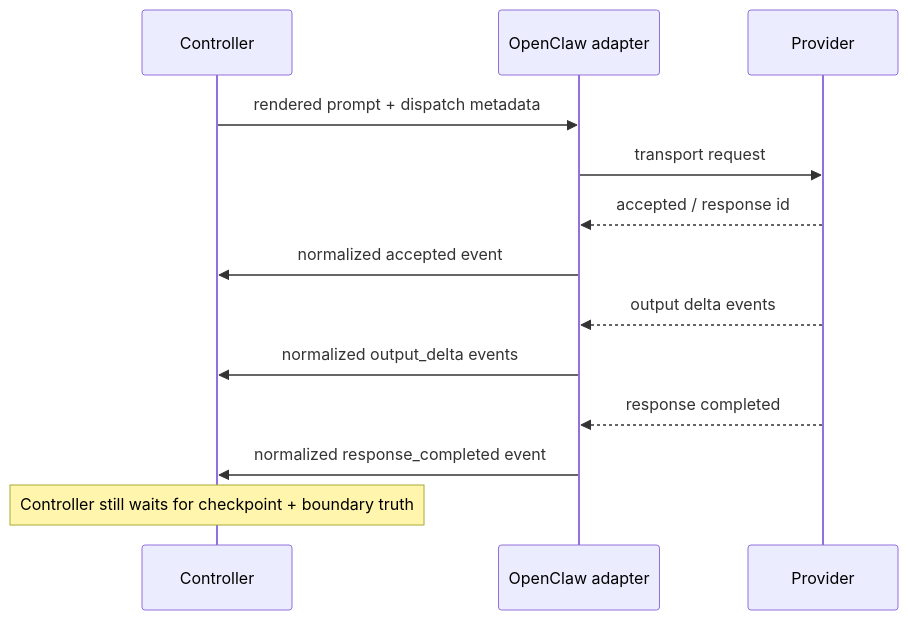
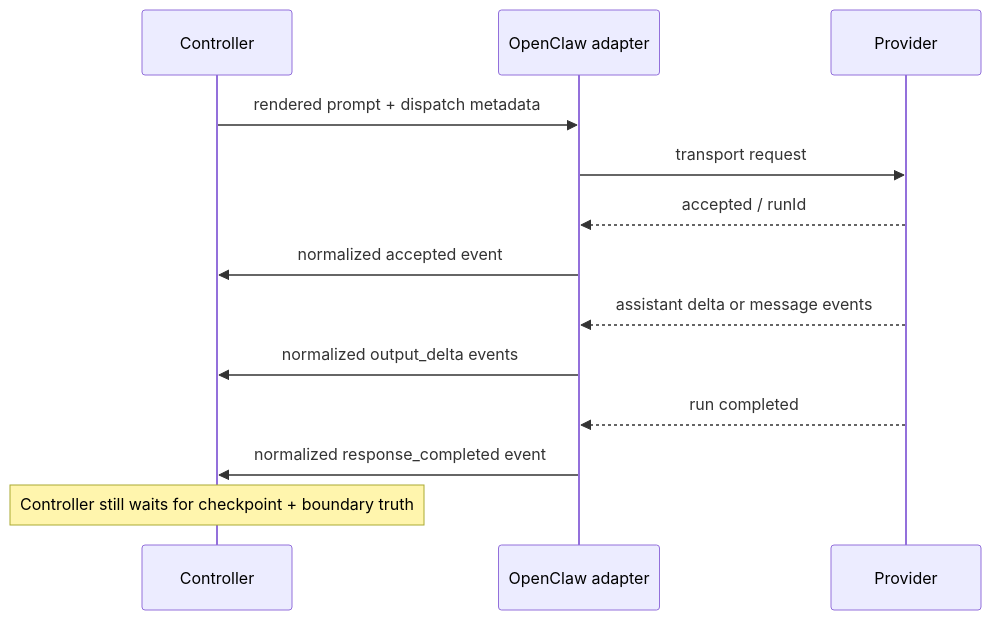
The diagram in docs/redesign/architecture/openclaw-worker-and-gateway-contract.md (ringlochid/AutoClaw), drawn with Mermaid before and after one commit. The commit also changed other lines of this file and 25 other files, not shown here.

````diff
--- a/docs/redesign/architecture/openclaw-worker-and-gateway-contract.md
+++ b/docs/redesign/architecture/openclaw-worker-and-gateway-contract.md
@@ -170,16 +171,16 @@
 ```mermaid
 sequenceDiagram
     participant C as Controller
     participant O as OpenClaw adapter
     participant P as Provider
 
     C->>O: rendered prompt + dispatch metadata
     O->>P: transport request
-    P-->>O: accepted / response id
+    P-->>O: accepted / runId
     O->>C: normalized accepted event
-    P-->>O: output delta events
+    P-->>O: assistant delta or message events
     O->>C: normalized output_delta events
-    P-->>O: response completed
+    P-->>O: run completed
     O->>C: normalized response_completed event
     Note over C: Controller still waits for checkpoint + boundary truth
 ```
````
